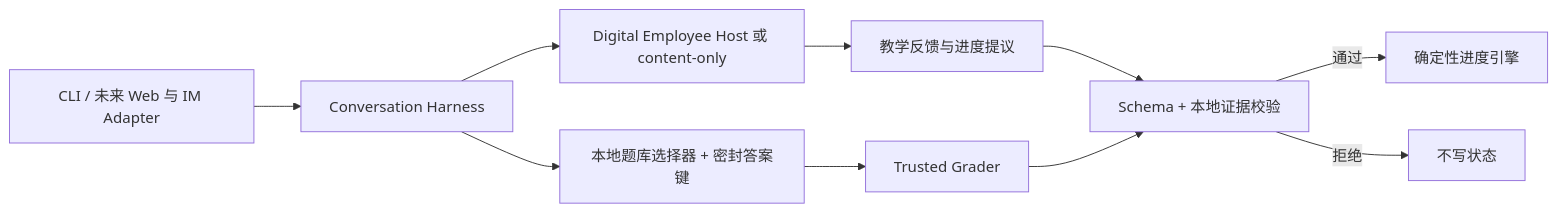
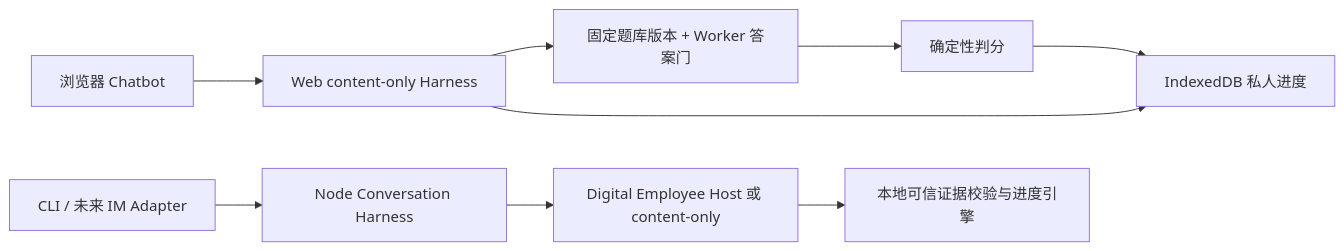
One commit to PeterGuy326/senior-architect-pass-coach changed the diagram in README.md. Above: the diagram before and after it, drawn with Mermaid. The commit also changed other lines of this file and 21 other files, not shown here.

````diff
--- a/README.md
+++ b/README.md
@@ -134,12 +146,11 @@
 ```mermaid
 flowchart LR
-  A["CLI / 未来 Web 与 IM Adapter"] --> B["Conversation Harness"]
-  B --> C["本地题库选择器 + 密封答案键"]
-  B --> D["Digital Employee Host 或 content-only"]
-  D --> E["教学反馈与进度提议"]
-  C --> F["Trusted Grader"]
-  E --> G["Schema + 本地证据校验"]
-  F --> G
-  G -->|"通过"| H["确定性进度引擎"]
-  G -->|"拒绝"| I["不写状态"]
+  A["浏览器 Chatbot"] --> B["Web content-only Harness"]
+  B --> C["固定题库版本 + Worker 答案门"]
+  B --> D["IndexedDB 私人进度"]
+  E["CLI / 未来 IM Adapter"] --> F["Node Conversation Harness"]
+  F --> G["Digital Employee Host 或 content-only"]
+  C --> H["确定性判分"]
+  H --> D
+  G --> I["本地可信证据校验与进度引擎"]
 ```
````
